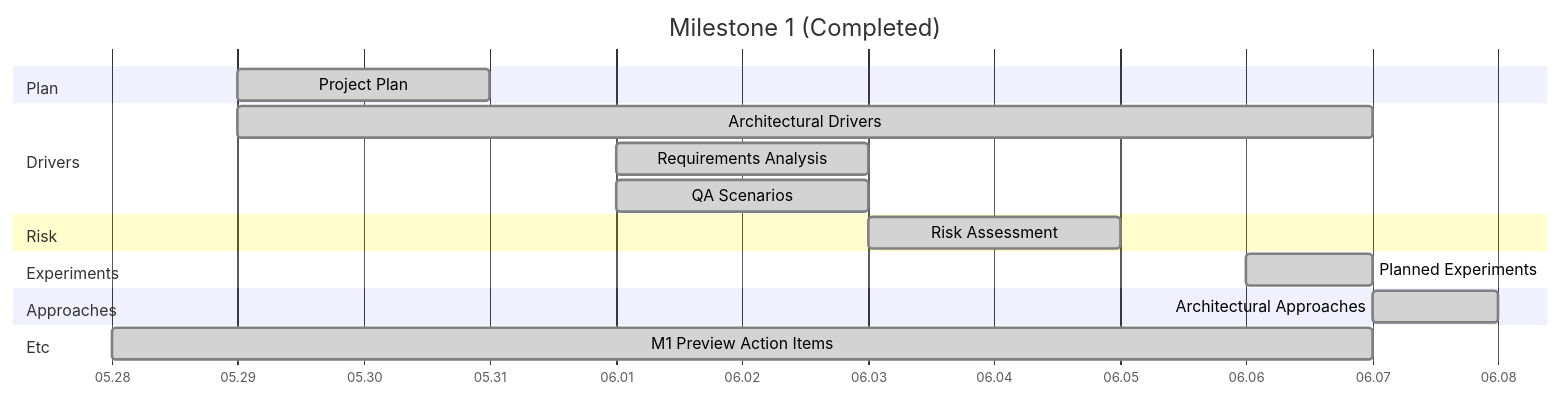
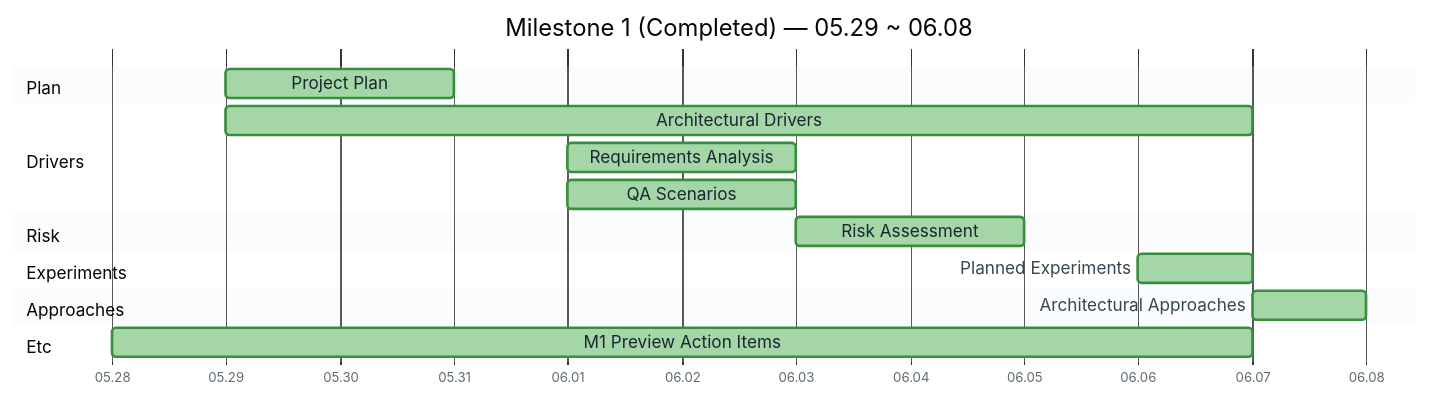
Before and after one commit to lgcmu2026-team5/TimeGrapher-Docs: the first of 3 diagrams in Milestone1/Presentation/en/Milestone1_1-Project-Plan.md, drawn with Mermaid. The commit also changed other lines of this file and 1 other file, not shown here.

First line of the commit message:
Restyle Project Plan Gantt charts and unify status markers

````diff
--- a/Milestone1/Presentation/en/Milestone1_1-Project-Plan.md
+++ b/Milestone1/Presentation/en/Milestone1_1-Project-Plan.md
@@ -14,27 +14,29 @@
 ```mermaid
-%%{init: {"gantt": {"useWidth": 1200, "barHeight": 24, "fontSize": 12, "sectionFontSize": 12}}}%%
+%%{init: {"theme":"base","themeVariables":{"fontSize":"14px","taskBkgColor":"#BBDEFB","taskBorderColor":"#1E88E5","taskTextDarkColor":"#1A2733","taskTextOutsideColor":"#37474F","activeTaskBkgColor":"#FFE082","activeTaskBorderColor":"#F9A825","doneTaskBkgColor":"#A5D6A7","doneTaskBorderColor":"#388E3C","sectionBkgColor":"#E8EEF7","altSectionBkgColor":"#FFFFFF","sectionBkgColor2":"#E8EEF7","todayLineColor":"#E53935","gridColor":"#CFD8DC","textColor":"#37474F"},"gantt":{"useWidth":1100,"barHeight":22,"barGap":6,"topPadding":50,"fontSize":13,"sectionFontSize":13,"numberSectionStyles":2}}}%%
 gantt
-    title Milestone 1 (Completed)
+    title Milestone 1 (Completed) — 05.29 ~ 06.08
     dateFormat YYYY-MM-DD
     axisFormat %m.%d
+    tickInterval 1day
+    todayMarker off
 
     section Plan
     Project Plan                  :done, 2026-05-29, 2026-05-31
 
     section Drivers
     Architectural Drivers         :done, 2026-05-29, 2026-06-07
     Requirements Analysis         :done, 2026-06-01, 2026-06-03
     QA Scenarios                  :done, 2026-06-01, 2026-06-03
 
     section Risk
     Risk Assessment               :done, 2026-06-03, 2026-06-05
 
     section Experiments
     Planned Experiments           :done, 2026-06-06, 2026-06-07
 
     section Approaches
     Architectural Approaches      :done, 2026-06-07, 2026-06-08
 
     section Etc
     M1 Preview Action Items       :done, 2026-05-28, 2026-06-07
 ```
````
